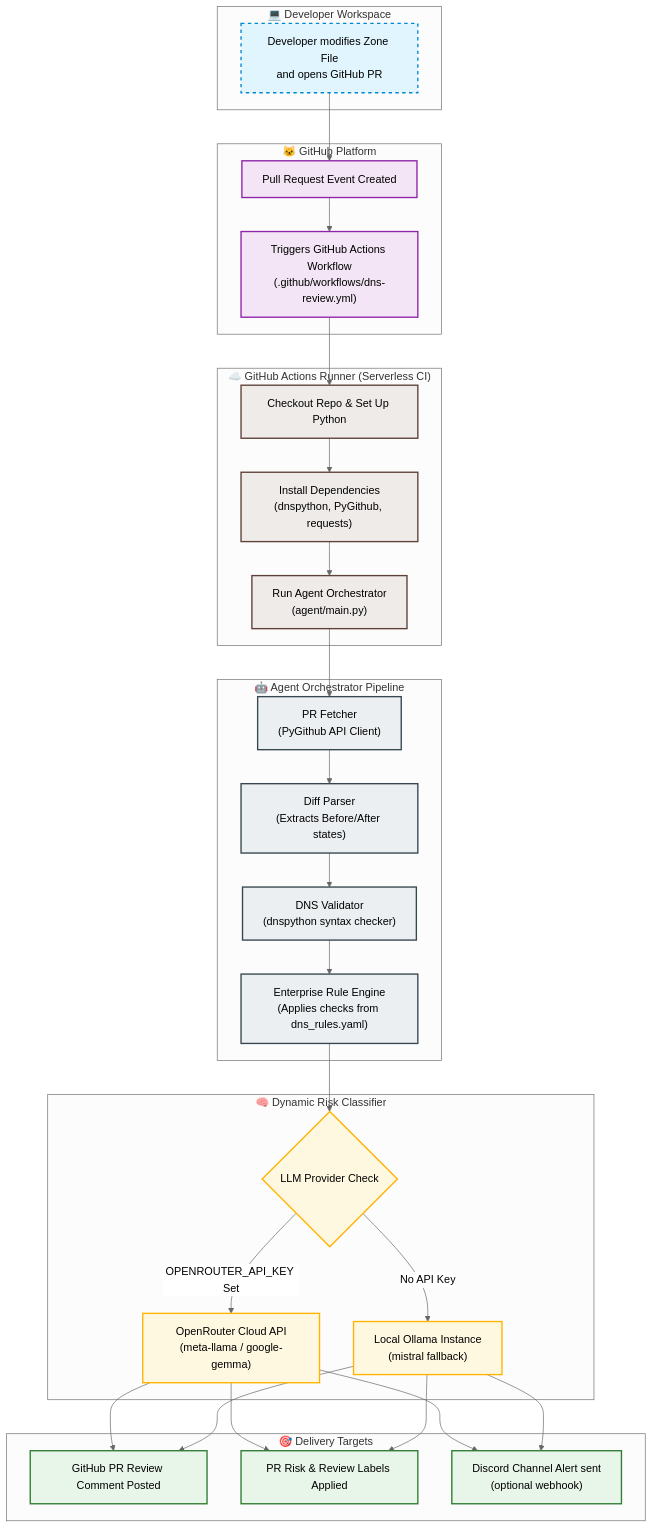
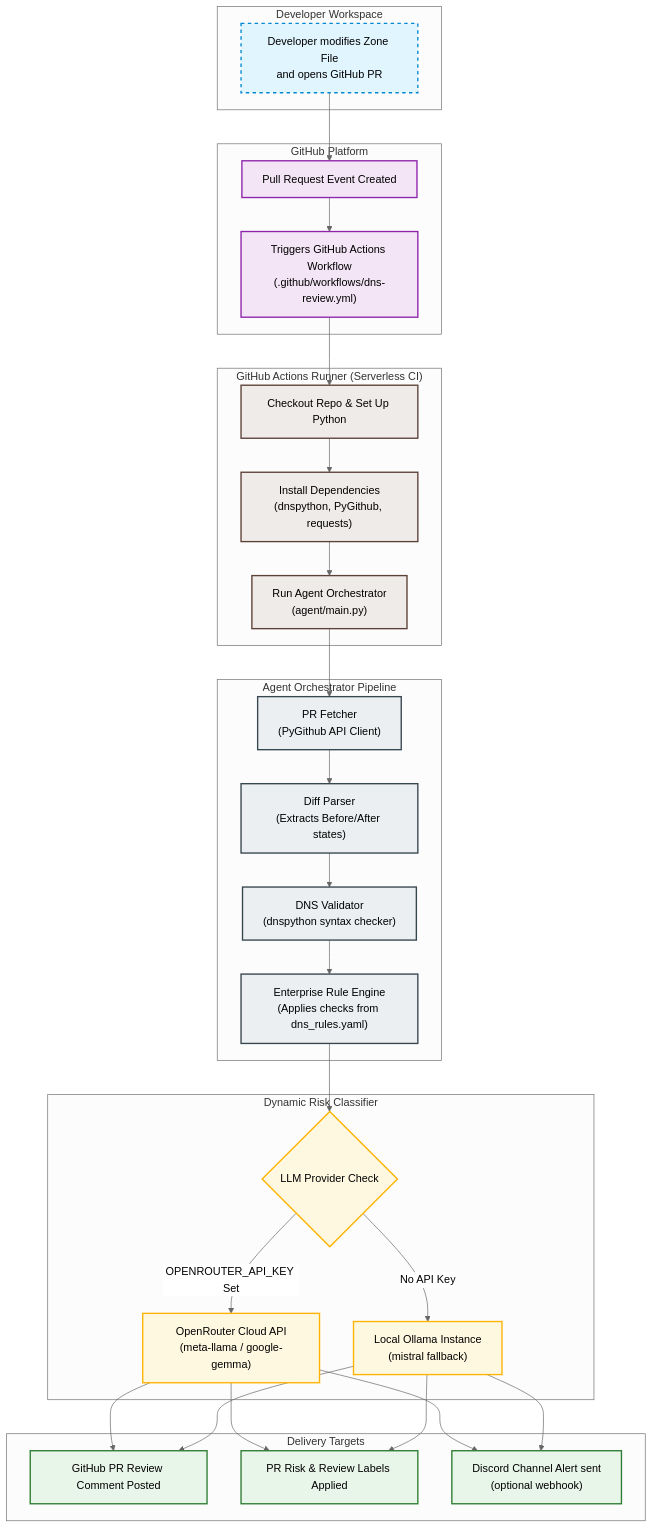
Before and after one commit to Dinesh2006-dev/dns-reviewer-bot: the diagram in README.md, drawn with Mermaid (neutral theme). The commit also changed other lines of this file and 5 other files, not shown here.

Commit message:
style: remove emojis from all markdown files and set Mermaid text color to black

````diff
--- a/README.md
+++ b/README.md
@@ -140,75 +140,75 @@
 ```mermaid
 graph TD
     %% Styling Definitions
-    classDef dev fill:#e1f5fe,stroke:#0288d1,stroke-dasharray: 5 5,stroke-width:2px;
-    classDef gh fill:#f3e5f5,stroke:#8e24aa,stroke-width:2px;
-    classDef runner fill:#efebe9,stroke:#5d4037,stroke-width:2px;
-    classDef agent fill:#eceff1,stroke:#37474f,stroke-width:2px;
-    classDef llm fill:#fff8e1,stroke:#ffb300,stroke-width:2px;
-    classDef out fill:#e8f5e9,stroke:#2e7d32,stroke-width:2px;
+    classDef dev fill:#e1f5fe,stroke:#0288d1,stroke-dasharray: 5 5,stroke-width:2px,color:#000;
+    classDef gh fill:#f3e5f5,stroke:#8e24aa,stroke-width:2px,color:#000;
+    classDef runner fill:#efebe9,stroke:#5d4037,stroke-width:2px,color:#000;
+    classDef agent fill:#eceff1,stroke:#37474f,stroke-width:2px,color:#000;
+    classDef llm fill:#fff8e1,stroke:#ffb300,stroke-width:2px,color:#000;
+    classDef out fill:#e8f5e9,stroke:#2e7d32,stroke-width:2px,color:#000;
 
     %% Subgraphs & Nodes
-    subgraph DevWorkspace ["💻 Developer Workspace"]
+    subgraph DevWorkspace [" Developer Workspace"]
         A["Developer modifies Zone File<br>and opens GitHub PR"]:::dev
     end
 
-    subgraph GitHubPlatform ["🐱 GitHub Platform"]
+    subgraph GitHubPlatform [" GitHub Platform"]
         B["Pull Request Event Created"]:::gh
         C["Triggers GitHub Actions Workflow<br>(.github/workflows/dns-review.yml)"]:::gh
     end
 
-    subgraph ServerlessRunner ["☁️ GitHub Actions Runner (Serverless CI)"]
+    subgraph ServerlessRunner [" GitHub Actions Runner (Serverless CI)"]
         D["Checkout Repo & Set Up Python"]:::runner
         E["Install Dependencies<br>(dnspython, PyGithub, requests)"]:::runner
         F["Run Agent Orchestrator<br>(agent/main.py)"]:::runner
     end
 
-    subgraph AgentPipeline ["🤖 Agent Orchestrator Pipeline"]
+    subgraph AgentPipeline [" Agent Orchestrator Pipeline"]
         G["PR Fetcher<br>(PyGithub API Client)"]:::agent
         H["Diff Parser<br>(Extracts Before/After states)"]:::agent
         I["DNS Validator<br>(dnspython syntax checker)"]:::agent
         J["Enterprise Rule Engine<br>(Applies checks from dns_rules.yaml)"]:::agent
     end
 
-    subgraph RiskAnalysis ["🧠 Dynamic Risk Classifier"]
+    subgraph RiskAnalysis [" Dynamic Risk Classifier"]
         K{"LLM Provider Check"}:::llm
         L["OpenRouter Cloud API<br>(meta-llama / google-gemma)"]:::llm
         M["Local Ollama Instance<br>(mistral fallback)"]:::llm
     end
 
-    subgraph OutputTargets ["🎯 Delivery Targets"]
+    subgraph OutputTargets [" Delivery Targets"]
         N["GitHub PR Review Comment Posted"]:::out
         O["PR Risk & Review Labels Applied"]:::out
         P["Discord Channel Alert sent<br>(optional webhook)"]:::out
     end
 
     %% Connections
     A --> B
     B --> C
     C --> D
     D --> E
     E --> F
     F --> G
     G --> H
     H --> I
     I --> J
     J --> K
     
     K -- "OPENROUTER_API_KEY Set" --> L
     K -- "No API Key" --> M
     
     L --> N
     L --> O
     L --> P
     M --> N
     M --> O
     M --> P
 
     %% Apply Styles
     class A dev;
     class B,C gh;
     class D,E,F runner;
     class G,H,I,J agent;
     class K,L,M llm;
     class N,O,P out;
 ```
````
